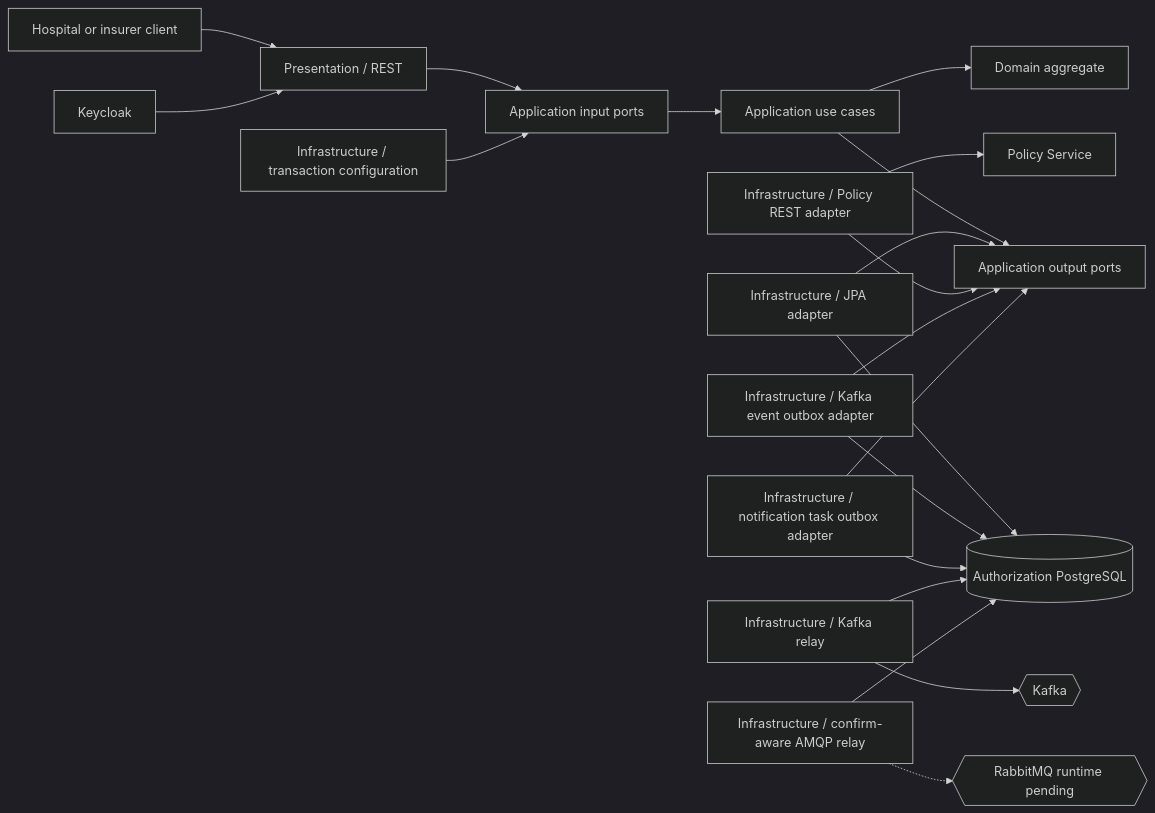
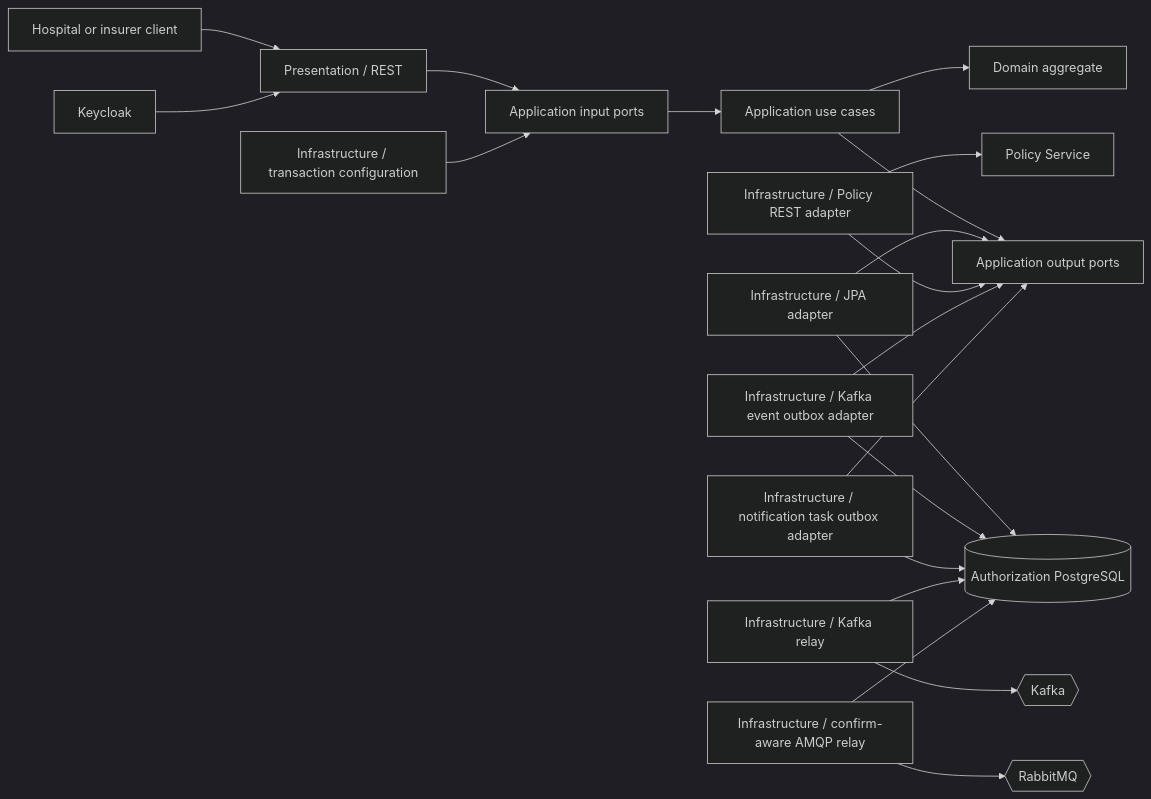
Before and after one commit to aydindemir1/health-insurance-platform: the first of 3 diagrams in docs/architecture/authorization-service.md, drawn with Mermaid (dark theme). The commit also changed 14 other files, not shown here.

````diff
--- a/docs/architecture/authorization-service.md
+++ b/docs/architecture/authorization-service.md
@@ -5,22 +5,22 @@
 ```mermaid
 flowchart LR
     Client[Hospital or insurer client] --> Presentation[Presentation / REST]
     Presentation --> InputPorts[Application input ports]
     InputPorts --> UseCases[Application use cases]
     UseCases --> Domain[Domain aggregate]
     UseCases --> OutputPorts[Application output ports]
     Persistence[Infrastructure / JPA adapter] --> OutputPorts
     PolicyAdapter[Infrastructure / Policy REST adapter] --> OutputPorts
     EventOutbox[Infrastructure / Kafka event outbox adapter] --> OutputPorts
     TaskOutbox[Infrastructure / notification task outbox adapter] --> OutputPorts
     Relay[Infrastructure / Kafka relay] --> Kafka{{Kafka}}
-    NotificationRelay[Infrastructure / confirm-aware AMQP relay] -.-> Rabbit{{RabbitMQ runtime pending}}
+    NotificationRelay[Infrastructure / confirm-aware AMQP relay] --> Rabbit{{RabbitMQ}}
     Persistence --> Database[(Authorization PostgreSQL)]
     PolicyAdapter --> Policy[Policy Service]
     EventOutbox --> Database
     TaskOutbox --> Database
     Relay --> Database
     NotificationRelay --> Database
     Configuration[Infrastructure / transaction configuration] --> InputPorts
     Keycloak[Keycloak] --> Presentation
 ```
````
